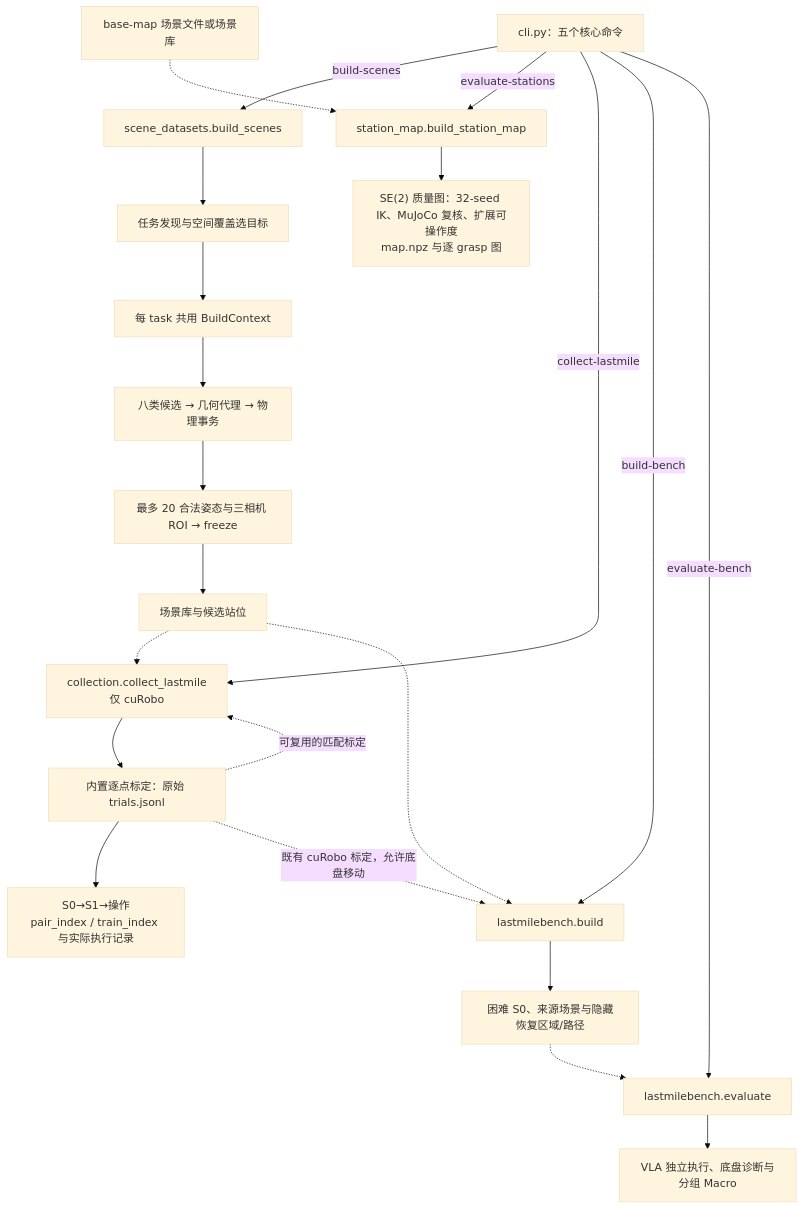
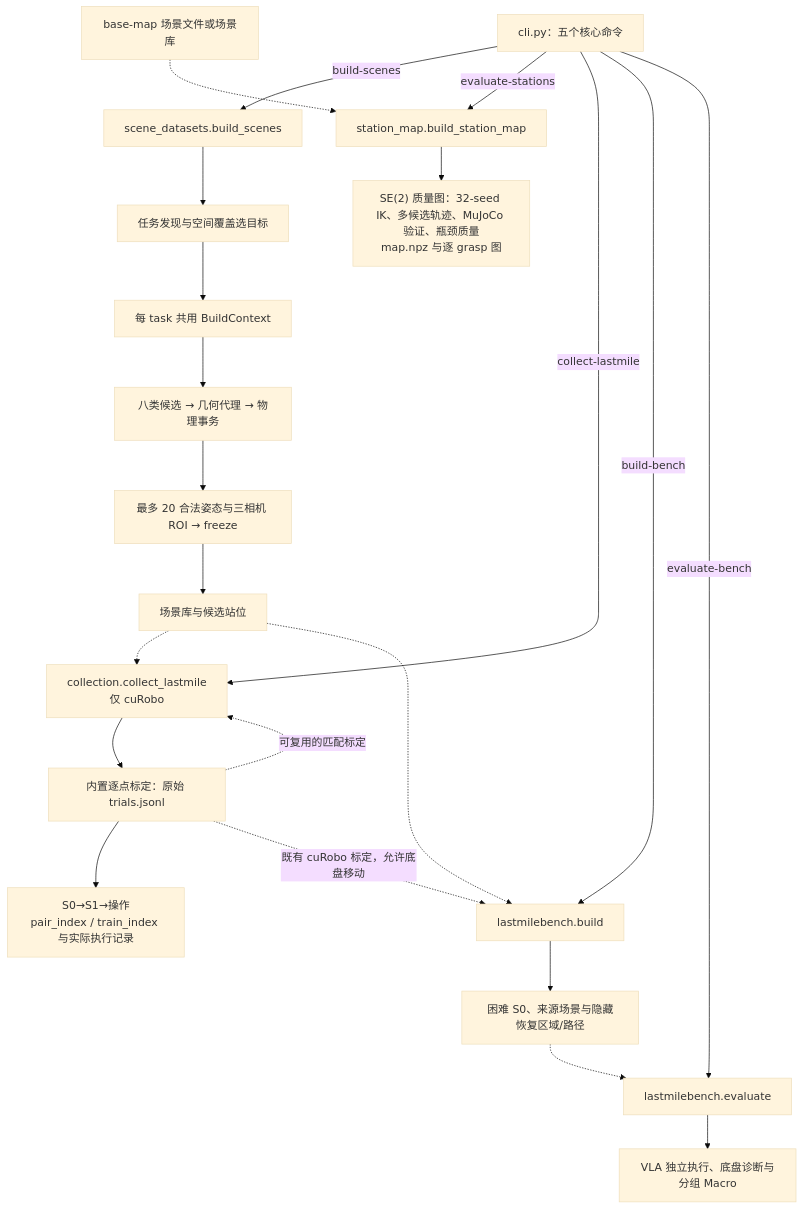
The first of 2 diagrams in docs/architecture.md (yifanwin/LastMileDataFlow), drawn with Mermaid (base theme) before and after one commit. The commit also changed other lines of this file and 31 other files, not shown here.

````diff
--- a/docs/architecture.md
+++ b/docs/architecture.md
@@ -106,28 +107,28 @@
 ```mermaid
 flowchart TD
     CLI["cli.py：五个核心命令"]
     CLI -->|build-scenes| BUILD["scene_datasets.build_scenes"]
     BUILD --> DISC["任务发现与空间覆盖选目标"]
     DISC --> CTX["每 task 共用 BuildContext"]
     CTX --> MODES["八类候选 → 几何代理 → 物理事务"]
     MODES --> SAVE["最多 20 合法姿态与三相机 ROI → freeze"]
     SAVE --> DATASET["场景库与候选站位"]
 
     CLI -->|evaluate-stations| MAP["station_map.build_station_map"]
     SOURCE["base-map 场景文件或场景库"] -.-> MAP
-    MAP --> QUALITY["SE(2) 质量图：32-seed IK、MuJoCo 复核、扩展可操作度<br/>map.npz 与逐 grasp 图"]
+    MAP --> QUALITY["SE(2) 质量图：32-seed IK、多候选轨迹、MuJoCo 验证、瓶颈质量<br/>map.npz 与逐 grasp 图"]
 
     CLI -->|collect-lastmile| COLLECT["collection.collect_lastmile<br/>仅 cuRobo"]
     DATASET -.-> COLLECT
     COLLECT --> CAL["内置逐点标定：原始 trials.jsonl"]
     CAL -.->|可复用的匹配标定| COLLECT
     CAL --> EPISODES["S0→S1→操作<br/>pair_index / train_index 与实际执行记录"]
 
     CLI -->|build-bench| BENCH["lastmilebench.build"]
     DATASET -.-> BENCH
     CAL -.->|既有 cuRobo 标定，允许底盘移动| BENCH
     BENCH --> NATIVE["困难 S0、来源场景与隐藏恢复区域/路径"]
     CLI -->|evaluate-bench| POLICY["lastmilebench.evaluate"]
     NATIVE -.-> POLICY
     POLICY --> RESULT["VLA 独立执行、底盘诊断与分组 Macro"]
 ```
````
